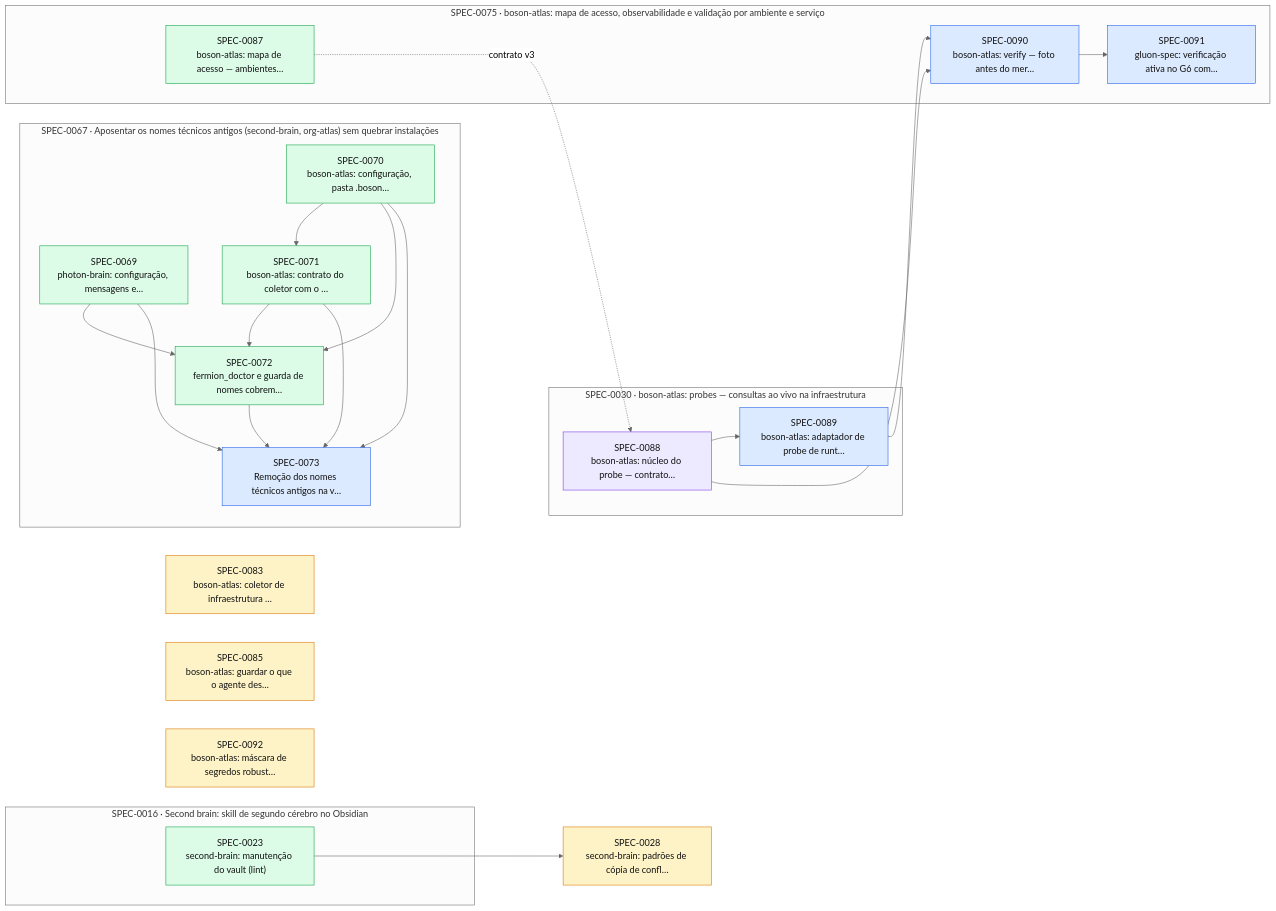
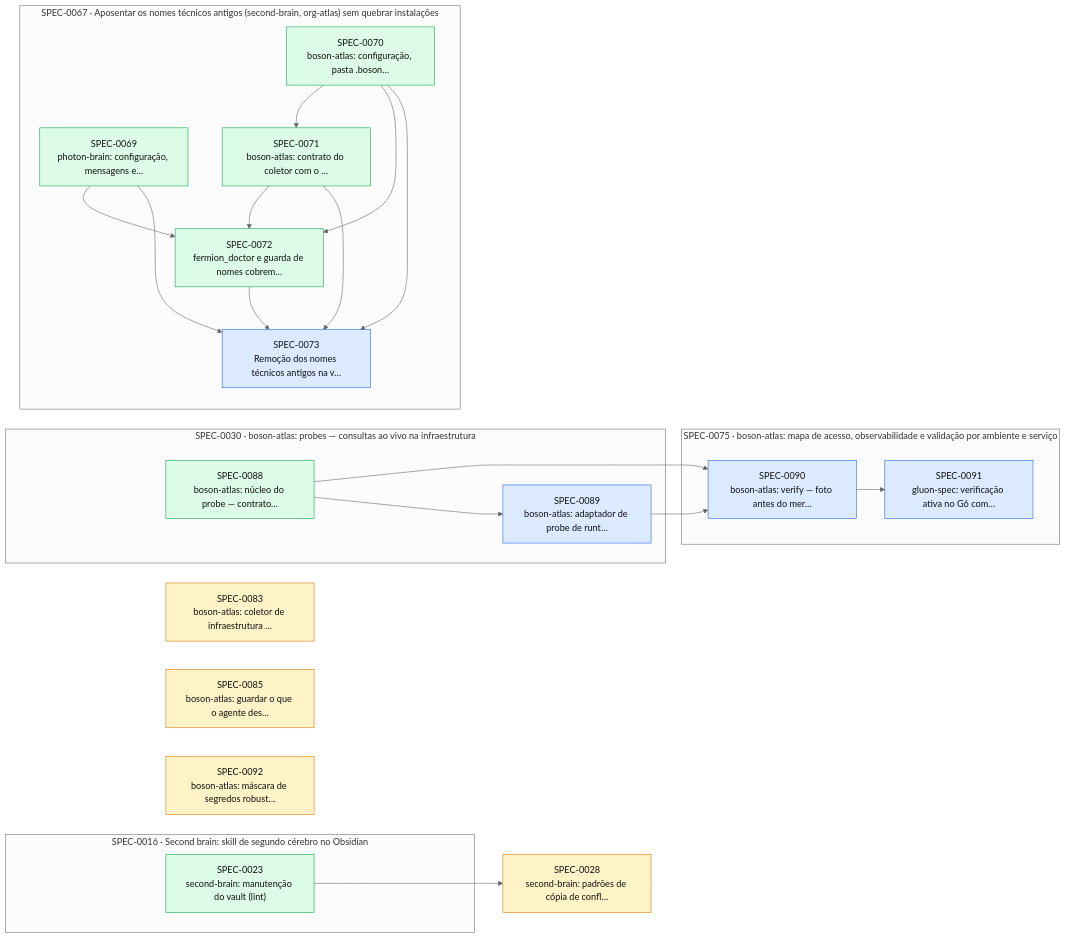
The diagram in docs/specs/INDEX.md (thomasravache/ai-dev-brain), drawn with Mermaid (neutral theme) before and after one commit. The commit also changed other lines of this file and 1 other file, not shown here.

First line of the commit message:
docs(specs): G7 e fechamento da SPEC-0088

````diff
--- a/docs/specs/INDEX.md
+++ b/docs/specs/INDEX.md
@@ -68,45 +67,43 @@
 ```mermaid
 flowchart LR
   S0028["SPEC-0028<br/>second-brain: padrões de cópia de confl…"]:::proposed
   S0083["SPEC-0083<br/>boson-atlas: coletor de infraestrutura …"]:::proposed
   S0085["SPEC-0085<br/>boson-atlas: guardar o que o agente des…"]:::proposed
   S0092["SPEC-0092<br/>boson-atlas: máscara de segredos robust…"]:::proposed
   subgraph E0016["SPEC-0016 · Second brain: skill de segundo cérebro no Obsidian"]
     S0023["SPEC-0023<br/>second-brain: manutenção do vault (lint)"]:::implemented
   end
   subgraph E0030["SPEC-0030 · boson-atlas: probes — consultas ao vivo na infraestrutura"]
-    S0088["SPEC-0088<br/>boson-atlas: núcleo do probe — contrato…"]:::inprogress
+    S0088["SPEC-0088<br/>boson-atlas: núcleo do probe — contrato…"]:::implemented
     S0089["SPEC-0089<br/>boson-atlas: adaptador de probe de runt…"]:::approved
   end
   subgraph E0067["SPEC-0067 · Aposentar os nomes técnicos antigos (second-brain, org-atlas) sem quebrar instalações"]
     S0069["SPEC-0069<br/>photon-brain: configuração, mensagens e…"]:::implemented
     S0070["SPEC-0070<br/>boson-atlas: configuração, pasta .boson…"]:::implemented
     S0071["SPEC-0071<br/>boson-atlas: contrato do coletor com o …"]:::implemented
     S0072["SPEC-0072<br/>fermion_doctor e guarda de nomes cobrem…"]:::implemented
     S0073["SPEC-0073<br/>Remoção dos nomes técnicos antigos na v…"]:::approved
   end
   subgraph E0075["SPEC-0075 · boson-atlas: mapa de acesso, observabilidade e validação por ambiente e serviço"]
-    S0087["SPEC-0087<br/>boson-atlas: mapa de acesso — ambientes…"]:::implemented
     S0090["SPEC-0090<br/>boson-atlas: verify — foto antes do mer…"]:::approved
     S0091["SPEC-0091<br/>gluon-spec: verificação ativa no G6 com…"]:::approved
   end
   S0023 --> S0028
   S0070 --> S0071
   S0069 --> S0072
   S0070 --> S0072
   S0071 --> S0072
   S0069 --> S0073
   S0070 --> S0073
   S0071 --> S0073
   S0072 --> S0073
-  S0087 -. contrato v3 .-> S0088
   S0088 --> S0089
   S0088 --> S0090
   S0089 --> S0090
   S0090 --> S0091
   classDef proposed fill:#fef3c7,stroke:#d97706,color:#111
   classDef approved fill:#dbeafe,stroke:#2563eb,color:#111
   classDef inprogress fill:#ede9fe,stroke:#7c3aed,color:#111
   classDef implemented fill:#dcfce7,stroke:#16a34a,color:#111
   classDef deprecated fill:#f3f4f6,stroke:#9ca3af,color:#6b7280
 ```
````
